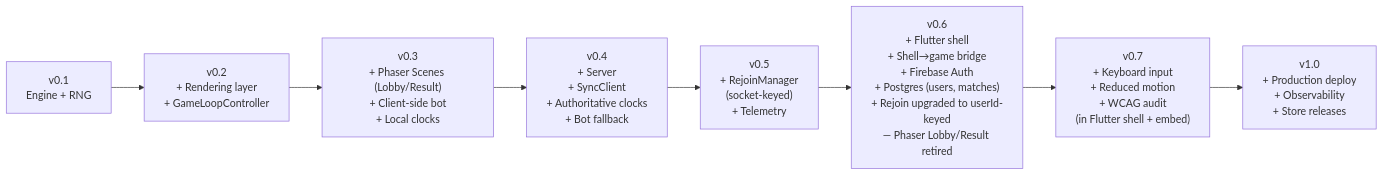
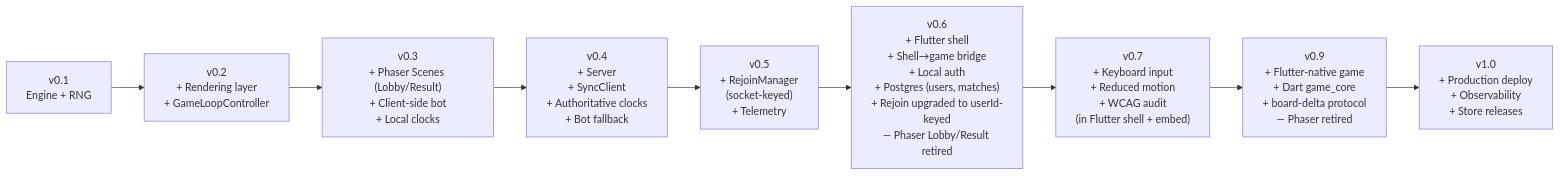
Before and after one commit to BuiHoangTu/match3-competitive-fe: the tenth of 11 diagrams in specification/system-design.md, drawn with Mermaid. The commit also changed other lines of this file and 11 other files, not shown here.

````diff
--- a/specification/system-design.md
+++ b/specification/system-design.md
@@ -417,12 +496,13 @@
 ```mermaid
 flowchart LR
     v01["v0.1<br/>Engine + RNG"]
     v02["v0.2<br/>+ Rendering layer<br/>+ GameLoopController"]
     v03["v0.3<br/>+ Phaser Scenes (Lobby/Result)<br/>+ Client-side bot<br/>+ Local clocks"]
     v04["v0.4<br/>+ Server<br/>+ SyncClient<br/>+ Authoritative clocks<br/>+ Bot fallback"]
     v05["v0.5<br/>+ RejoinManager<br/>(socket-keyed)<br/>+ Telemetry"]
-    v06["v0.6<br/>+ Flutter shell<br/>+ Shell→game bridge<br/>+ Firebase Auth<br/>+ Postgres (users, matches)<br/>+ Rejoin upgraded to userId-keyed<br/>— Phaser Lobby/Result retired"]
+    v06["v0.6<br/>+ Flutter shell<br/>+ Shell→game bridge<br/>+ Local auth<br/>+ Postgres (users, matches)<br/>+ Rejoin upgraded to userId-keyed<br/>— Phaser Lobby/Result retired"]
     v07["v0.7<br/>+ Keyboard input<br/>+ Reduced motion<br/>+ WCAG audit<br/>(in Flutter shell + embed)"]
+    v09["v0.9<br/>+ Flutter-native game<br/>+ Dart game_core<br/>+ board-delta protocol<br/>— Phaser retired"]
     v10["v1.0<br/>+ Production deploy<br/>+ Observability<br/>+ Store releases"]
-    v01 --> v02 --> v03 --> v04 --> v05 --> v06 --> v07 --> v10
+    v01 --> v02 --> v03 --> v04 --> v05 --> v06 --> v07 --> v09 --> v10
 ```
````
